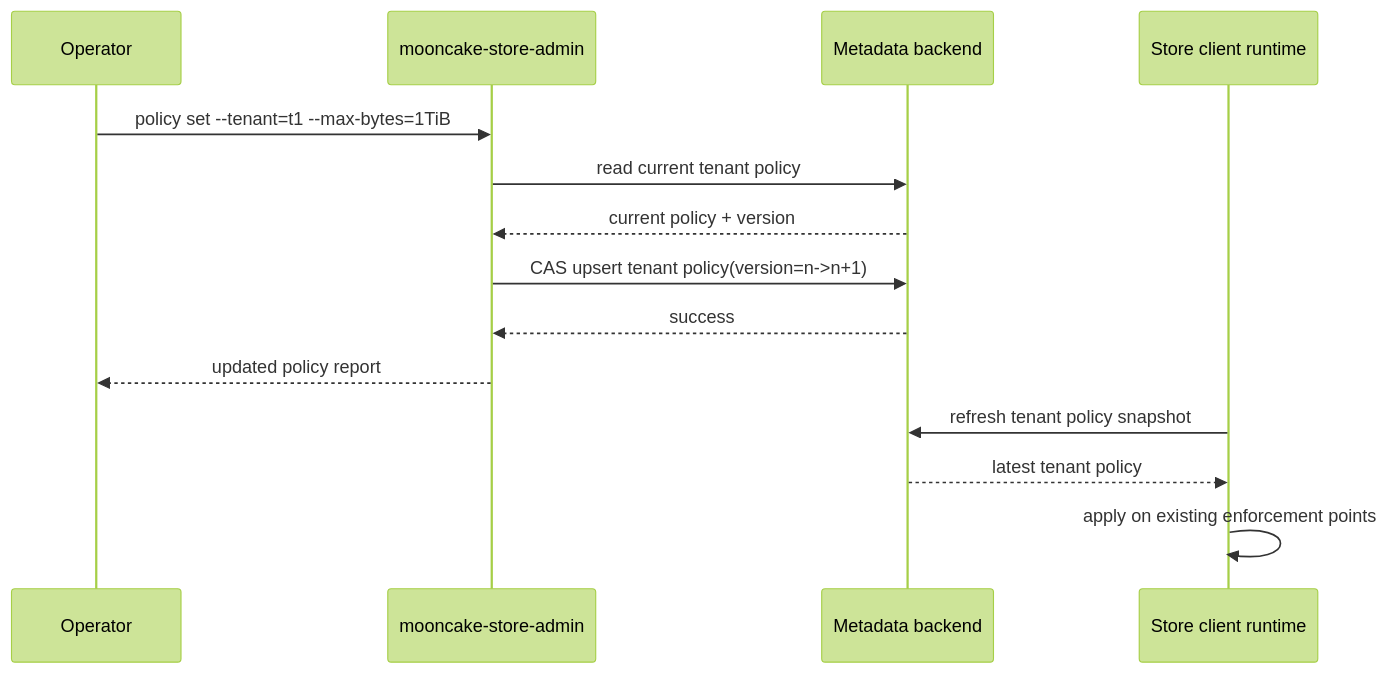
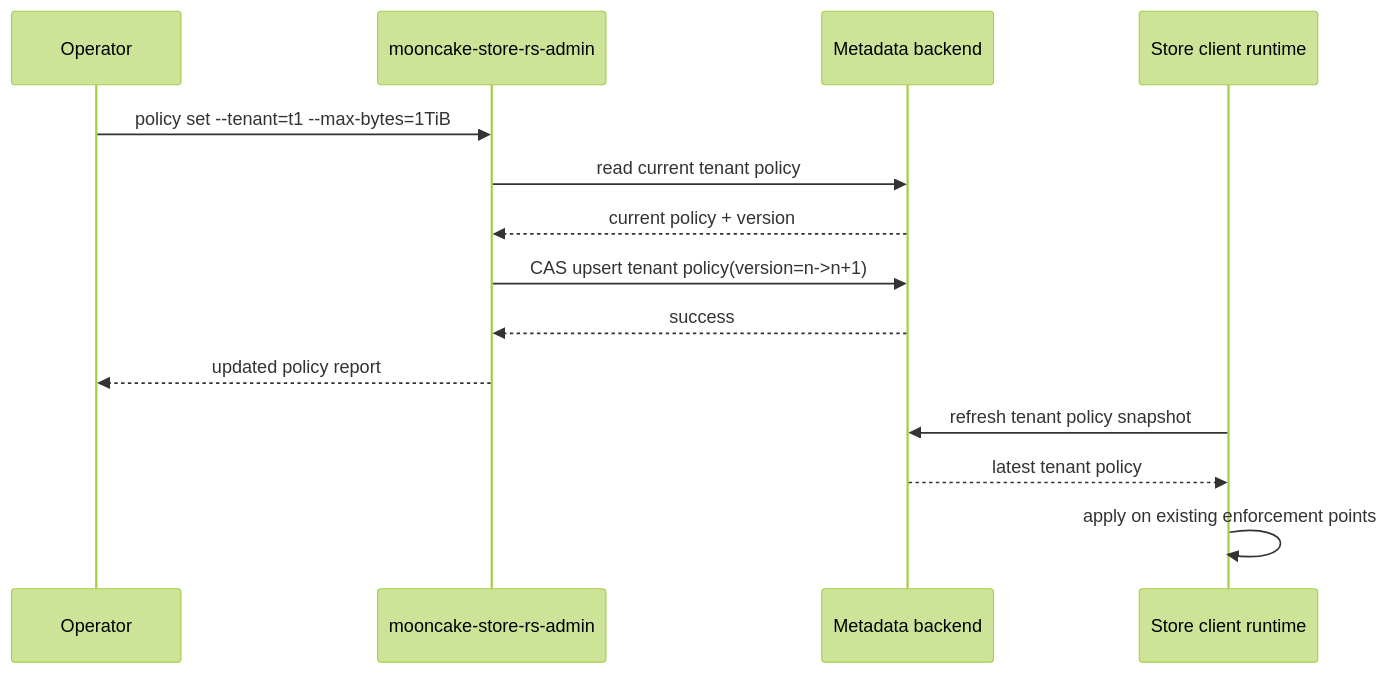
Before and after one commit to kvcache-ai/Mooncake: the second of 4 diagrams in mooncake-store-rs/docs/multi-tenant-admin-control-plane-design.md, drawn with Mermaid (forest theme). The commit also changed other lines of this file and 83 other files, not shown here.

````diff
--- a/mooncake-store-rs/docs/multi-tenant-admin-control-plane-design.md
+++ b/mooncake-store-rs/docs/multi-tenant-admin-control-plane-design.md
@@ -464,17 +464,17 @@
 ```mermaid
 sequenceDiagram
     participant Op as Operator
-    participant Admin as mooncake-store-admin
+    participant Admin as mooncake-store-rs-admin
     participant Meta as Metadata backend
     participant Client as Store client runtime
 
     Op->>Admin: policy set --tenant=t1 --max-bytes=1TiB
     Admin->>Meta: read current tenant policy
     Meta-->>Admin: current policy + version
     Admin->>Meta: CAS upsert tenant policy(version=n->n+1)
     Meta-->>Admin: success
     Admin-->>Op: updated policy report
     Client->>Meta: refresh tenant policy snapshot
     Meta-->>Client: latest tenant policy
     Client->>Client: apply on existing enforcement points
 ```
````
